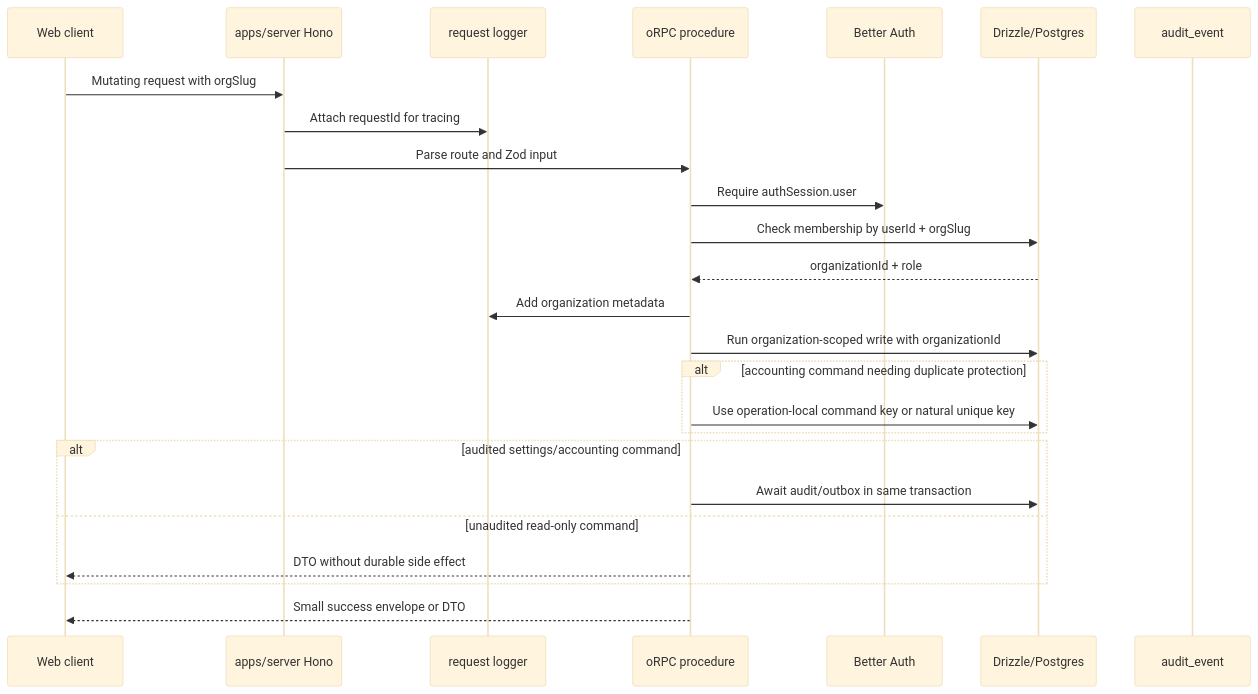
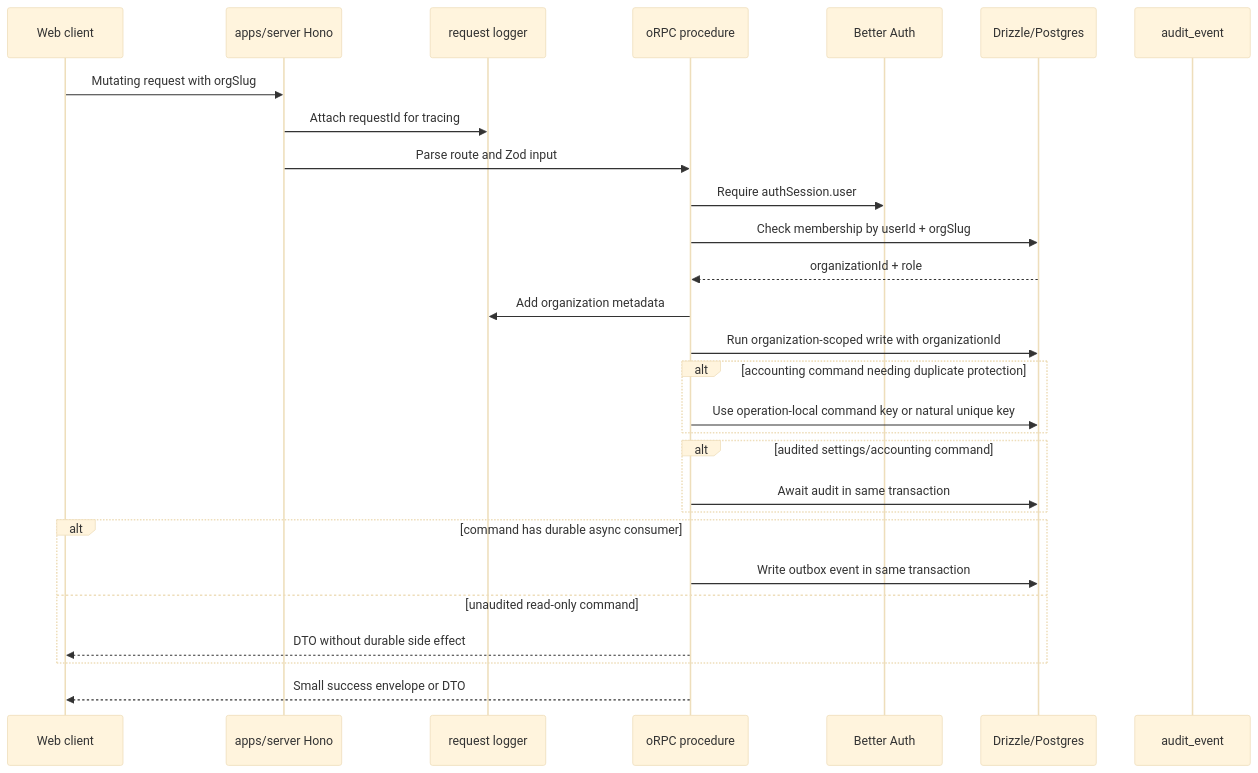
The third of 6 diagrams in docs/architecture.md (isherbuilds/edernal-books), drawn with Mermaid (base theme) before and after one commit. The commit also changed other lines of this file and 110 other files, not shown here.

````diff
--- a/docs/architecture.md
+++ b/docs/architecture.md
@@ -113,28 +115,31 @@
 ```mermaid
 sequenceDiagram
   participant Client as Web client
   participant Hono as apps/server Hono
   participant Log as request logger
   participant API as oRPC procedure
   participant Auth as Better Auth
   participant DB as Drizzle/Postgres
   participant Audit as audit_event
 
   Client->>Hono: Mutating request with orgSlug
   Hono->>Log: Attach requestId for tracing
   Hono->>API: Parse route and Zod input
   API->>Auth: Require authSession.user
   API->>DB: Check membership by userId + orgSlug
   DB-->>API: organizationId + role
   API->>Log: Add organization metadata
   API->>DB: Run organization-scoped write with organizationId
   alt accounting command needing duplicate protection
     API->>DB: Use operation-local command key or natural unique key
   end
   alt audited settings/accounting command
-    API->>DB: Await audit/outbox in same transaction
+    API->>DB: Await audit in same transaction
+  end
+  alt command has durable async consumer
+    API->>DB: Write outbox event in same transaction
   else unaudited read-only command
     API-->>Client: DTO without durable side effect
   end
   API-->>Client: Small success envelope or DTO
 ```
````
